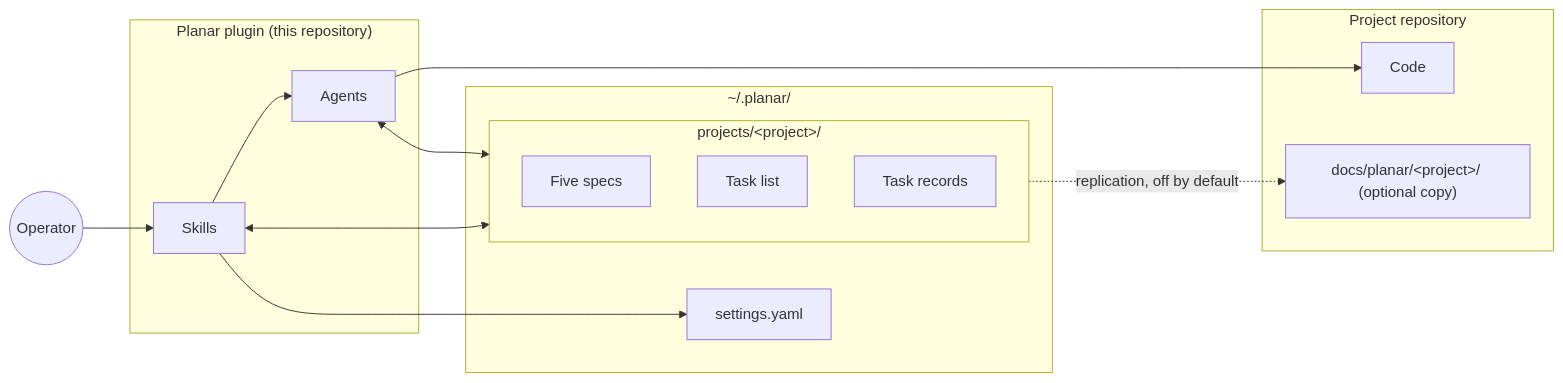
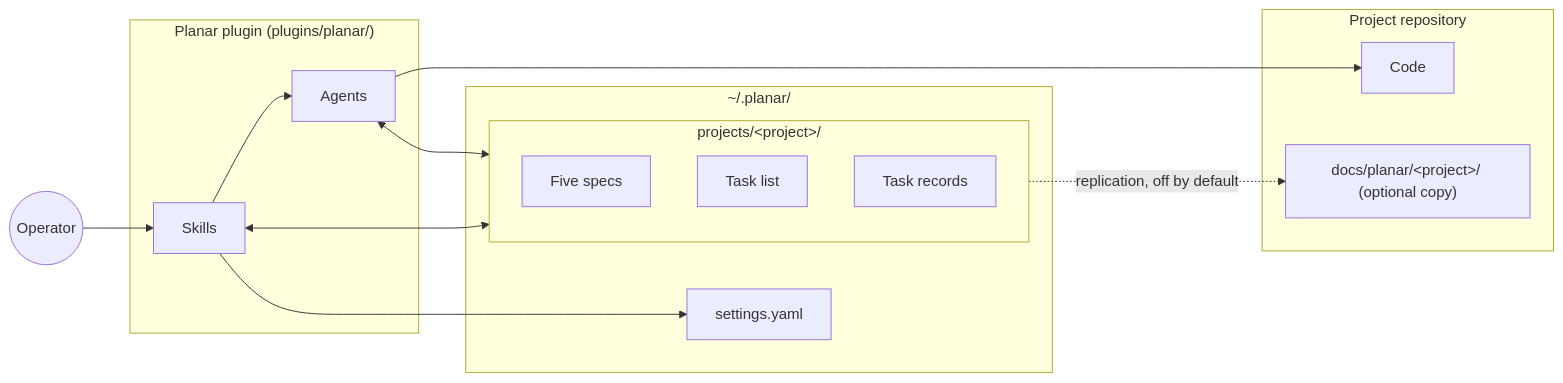
Before and after one commit to rdrsss/planar: the diagram in docs/architecture.md, drawn with Mermaid. The commit also changed other lines of this file and 62 other files, not shown here.

Commit message:
Integrate relocated Planar plugin implementation

````diff
--- a/docs/architecture.md
+++ b/docs/architecture.md
@@ -42,26 +44,26 @@
 ```mermaid
 flowchart LR
-    subgraph Plugin["Planar plugin (this repository)"]
+    subgraph Plugin["Planar plugin (plugins/planar/)"]
         S[Skills]
         A[Agents]
     end
     subgraph Home["~/.planar/"]
         ST[settings.yaml]
         subgraph P["projects/&lt;project&gt;/"]
             SP[Five specs]
             TL[Task list]
             TR[Task records]
         end
     end
     subgraph Repo["Project repository"]
         C[Code]
         D["docs/planar/&lt;project&gt;/ (optional copy)"]
     end
     O((Operator)) --> S
     S --> A
     S <--> P
     S --> ST
     A <--> P
     A --> C
     P -. replication, off by default .-> D
 ```
````
